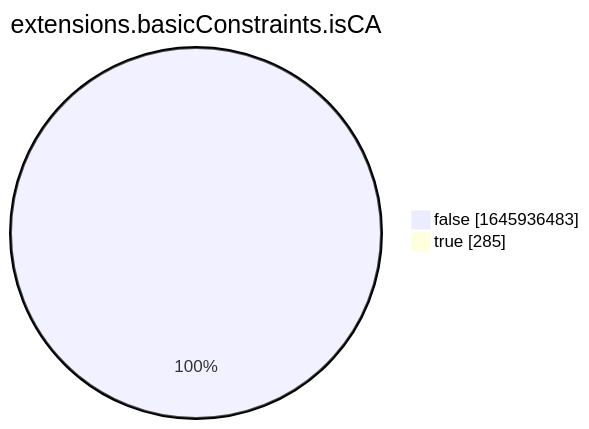
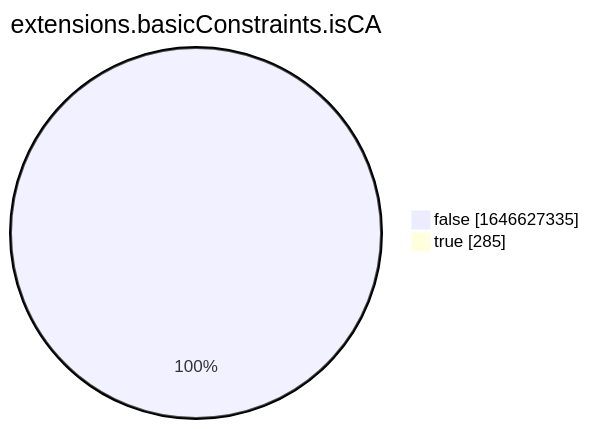
One commit to christiankrug/ctmonitor_visualization changed the eighth of 15 diagrams in xenon2022/README.md. Above: the diagram before and after it, drawn with Mermaid. The commit also changed other lines of this file, not shown here.

````diff
--- a/xenon2022/README.md
+++ b/xenon2022/README.md
@@ -2863,6 +2863,6 @@
 ```mermaid
 pie showData
 title extensions.basicConstraints.isCA
-"false" :1645936483
+"false" :1646627335
 "true" :285
 ```
````
